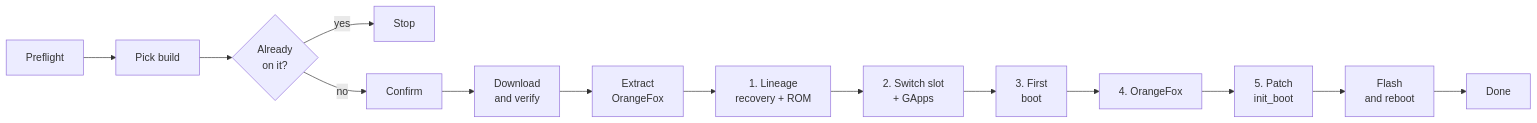
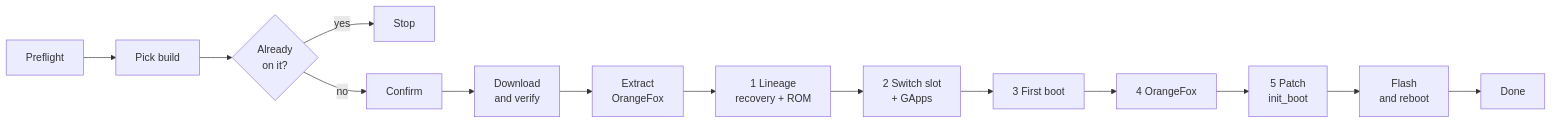
Before and after one commit to AardeYamz/oneplus-dodge-updater: the diagram in README.md, drawn with Mermaid. The commit also changed other lines of this file and 1 other file, not shown here.

First line of the commit message:
Shorten README: architecture diagram, related-repos table, layout

````diff
--- a/README.md
+++ b/README.md
@@ -40,6 +9,6 @@
 ```mermaid
 flowchart LR
-    S1[Preflight] --> S2[Pick build] --> Q{Already<br/>on it?}
-    Q -- yes --> X[Stop]
-    Q -- no --> S3[Confirm] --> S4[Download<br/>and verify] --> S5[Extract<br/>OrangeFox] --> S6[1. Lineage<br/>recovery + ROM] --> S7[2. Switch slot<br/>+ GApps] --> S8[3. First<br/>boot] --> S9[4. OrangeFox] --> S10[5. Patch<br/>init_boot] --> S11[Flash<br/>and reboot] --> D[Done]
+    S1["Preflight"] --> S2["Pick build"] --> Q{"Already<br/>on it?"}
+    Q -- "yes" --> X["Stop"]
+    Q -- "no" --> S3["Confirm"] --> S4["Download<br/>and verify"] --> S5["Extract<br/>OrangeFox"] --> S6["1 Lineage<br/>recovery + ROM"] --> S7["2 Switch slot<br/>+ GApps"] --> S8["3 First boot"] --> S9["4 OrangeFox"] --> S10["5 Patch<br/>init_boot"] --> S11["Flash<br/>and reboot"] --> D["Done"]
 ```
````
